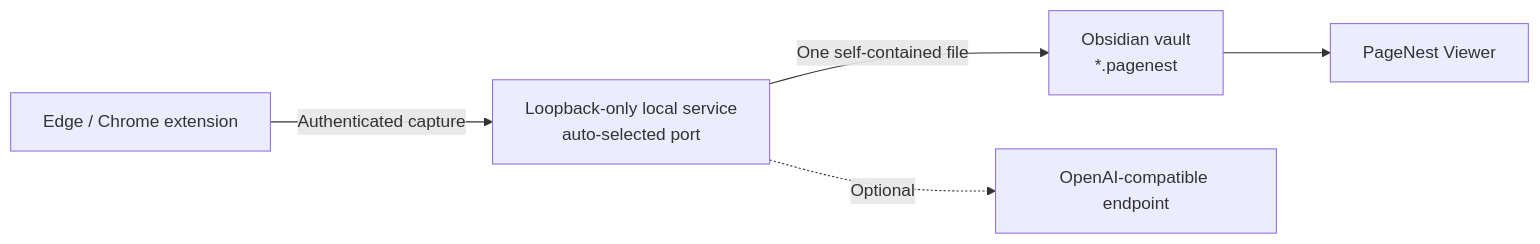
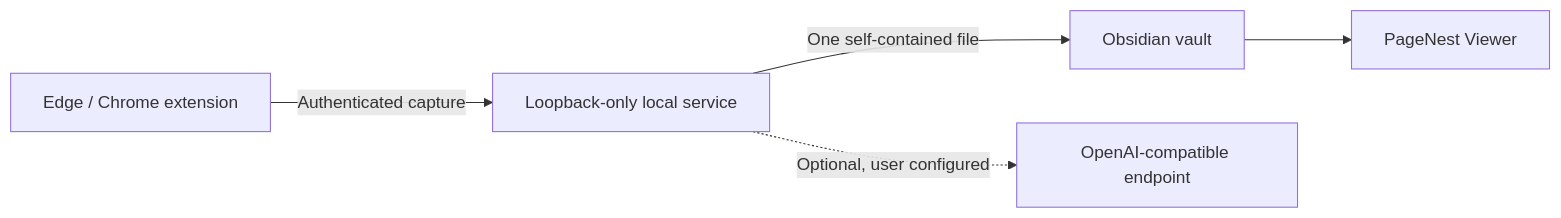
Before and after one commit to WYuHuai/PageNest: the diagram in README.md, drawn with Mermaid. The commit also changed other lines of this file and 10 other files, not shown here.

````diff
--- a/README.md
+++ b/README.md
@@ -98,7 +186,7 @@
 ```mermaid
 flowchart LR
-    E["Edge / Chrome extension"] -->|"Authenticated capture"| S["Loopback-only local service<br/>auto-selected port"]
-    S -->|"One self-contained file"| V["Obsidian vault<br/>*.pagenest"]
+    E["Edge / Chrome extension"] -->|"Authenticated capture"| S["Loopback-only local service"]
+    S -->|"One self-contained file"| V["Obsidian vault"]
     V --> P["PageNest Viewer"]
-    S -. "Optional" .-> A["OpenAI-compatible endpoint"]
+    S -. "Optional, user configured" .-> A["OpenAI-compatible endpoint"]
 ```
````
